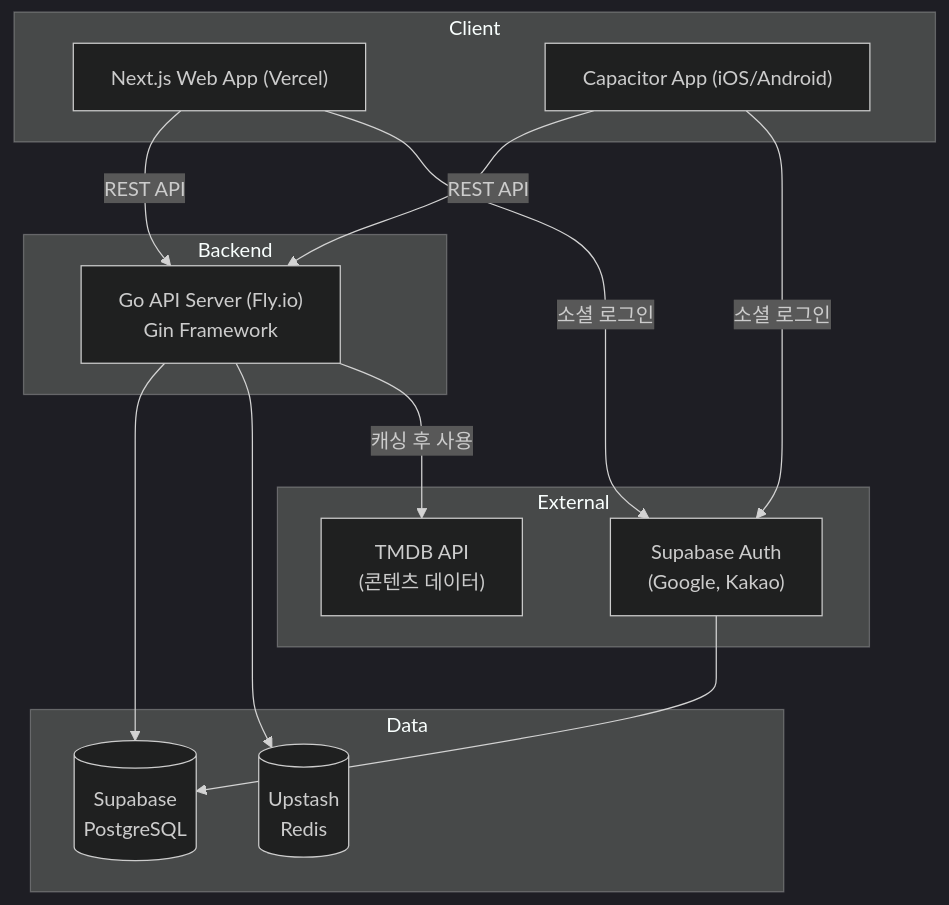
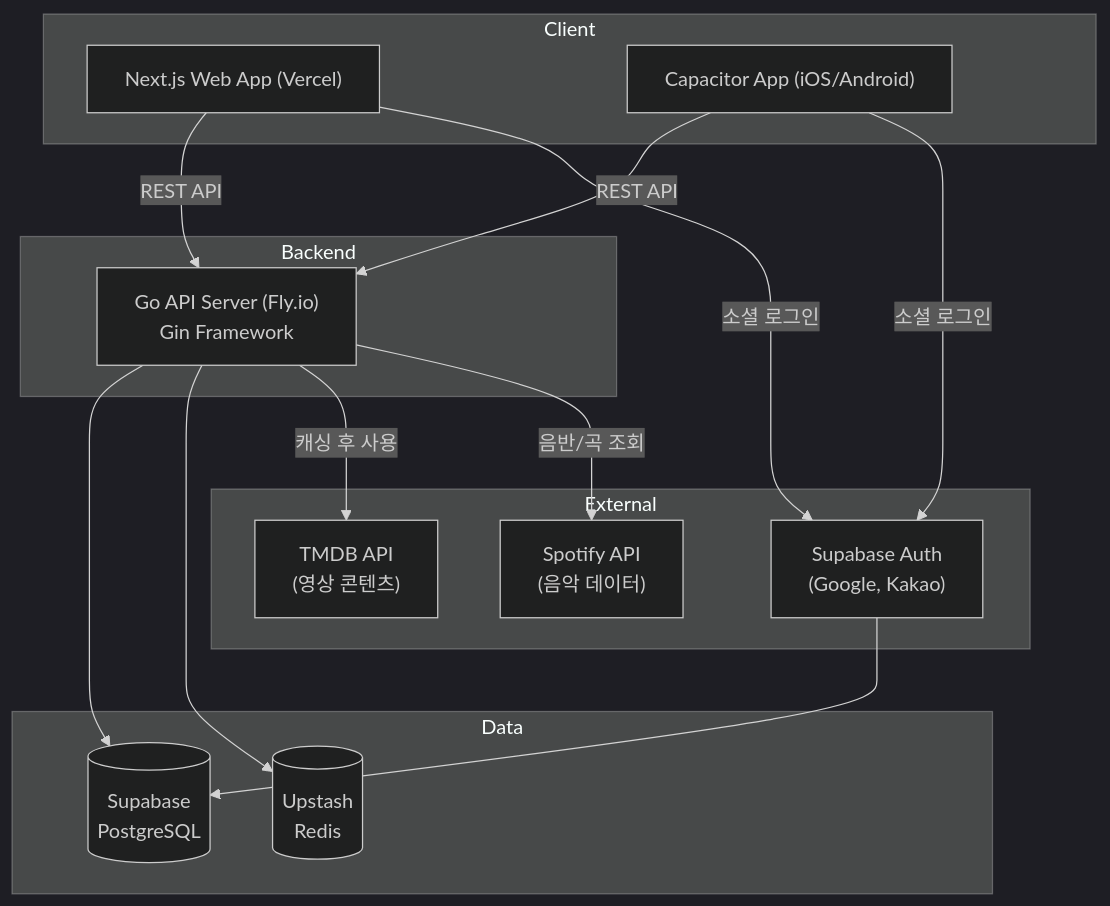
One commit to chs98412/prototype changed the first of 2 diagrams in docs/architecture.md. Above: the diagram before and after it, drawn with Mermaid (dark theme). The commit also changed other lines of this file and 8 other files, not shown here.

````diff
--- a/docs/architecture.md
+++ b/docs/architecture.md
@@ -19,30 +21,32 @@
 ```mermaid
 graph TB
     subgraph Client
         Web["Next.js Web App (Vercel)"]
         Mobile["Capacitor App (iOS/Android)"]
     end
 
     subgraph Backend
         API["Go API Server (Fly.io)\nGin Framework"]
     end
 
     subgraph Data
         DB[("Supabase\nPostgreSQL")]
         Cache[("Upstash\nRedis")]
     end
 
     subgraph External
-        TMDB["TMDB API\n(콘텐츠 데이터)"]
+        TMDB["TMDB API\n(영상 콘텐츠)"]
+        Spotify["Spotify API\n(음악 데이터)"]
         Auth["Supabase Auth\n(Google, Kakao)"]
     end
 
     Web -->|REST API| API
     Mobile -->|REST API| API
     API --> DB
     API --> Cache
     API -->|캐싱 후 사용| TMDB
+    API -->|음반/곡 조회| Spotify
     Web -->|소셜 로그인| Auth
     Mobile -->|소셜 로그인| Auth
     Auth --> DB
 ```
````
